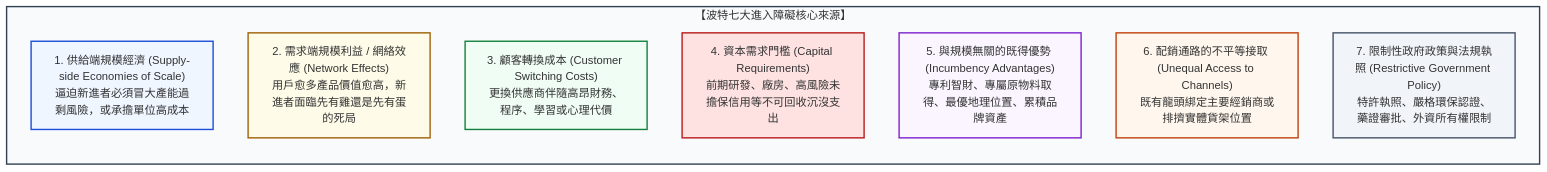
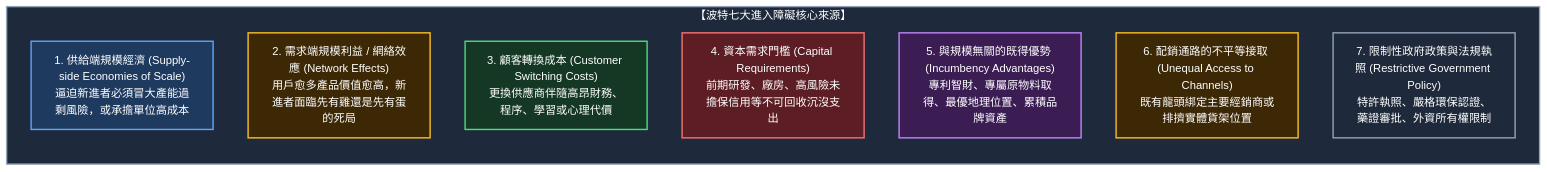
Before and after one commit to Jimlin0428/my-digital-garden: the diagram in src/site/notes/98_商業概念庫/barriers-to-entry_進入障礙.md, drawn with Mermaid. The commit also changed 58 other files, not shown here.

````diff
--- a/src/site/notes/98_商業概念庫/barriers-to-entry_進入障礙.md
+++ b/src/site/notes/98_商業概念庫/barriers-to-entry_進入障礙.md
@@ -59,22 +59,22 @@
 ```mermaid
 flowchart TD
     subgraph SevenBarriers ["【波特七大進入障礙核心來源】"]
         direction TB
         B1["1. 供給端規模經濟 (Supply-side Economies of Scale)<br/>逼迫新進者必須冒大產能過剩風險，或承擔單位高成本"]
         B2["2. 需求端規模利益 / 網絡效應 (Network Effects)<br/>用戶愈多產品價值愈高，新進者面臨先有雞還是先有蛋的死局"]
         B3["3. 顧客轉換成本 (Customer Switching Costs)<br/>更換供應商伴隨高昂財務、程序、學習或心理代價"]
         B4["4. 資本需求門檻 (Capital Requirements)<br/>前期研發、廠房、高風險未擔保信用等不可回收沉沒支出"]
         B5["5. 與規模無關的既得優勢 (Incumbency Advantages)<br/>專利智財、專屬原物料取得、最優地理位置、累積品牌資產"]
         B6["6. 配銷通路的不平等接取 (Unequal Access to Channels)<br/>既有龍頭綁定主要經銷商或排擠實體貨架位置"]
         B7["7. 限制性政府政策與法規執照 (Restrictive Government Policy)<br/>特許執照、嚴格環保認證、藥證審批、外資所有權限制"]
     end
 
-    style SevenBarriers fill:#f8fafc,stroke:#334155,stroke-width:2px
-    style B1 fill:#eff6ff,stroke:#1d4ed8,stroke-width:2px
-    style B2 fill:#fefce8,stroke:#a16207,stroke-width:2px
-    style B3 fill:#f0fdf4,stroke:#15803d,stroke-width:2px
-    style B4 fill:#fee2e2,stroke:#b91c1c,stroke-width:2px
-    style B5 fill:#faf5ff,stroke:#7e22ce,stroke-width:2px
-    style B6 fill:#fff7ed,stroke:#c2410c,stroke-width:2px
-    style B7 fill:#f1f5f9,stroke:#475569,stroke-width:2px
+    style SevenBarriers fill:#1e293b,stroke:#94a3b8,stroke-width:2px,color:#ffffff
+    style B1 fill:#1e3a5f,stroke:#60a5fa,stroke-width:2px,color:#ffffff
+    style B2 fill:#3d2806,stroke:#fbbf24,stroke-width:2px,color:#ffffff
+    style B3 fill:#143823,stroke:#4ade80,stroke-width:2px,color:#ffffff
+    style B4 fill:#5c1d24,stroke:#f87171,stroke-width:2px,color:#ffffff
+    style B5 fill:#3b1d54,stroke:#c084fc,stroke-width:2px,color:#ffffff
+    style B6 fill:#3d2806,stroke:#fbbf24,stroke-width:2px,color:#ffffff
+    style B7 fill:#1e293b,stroke:#94a3b8,stroke-width:2px,color:#ffffff
 ```
````
